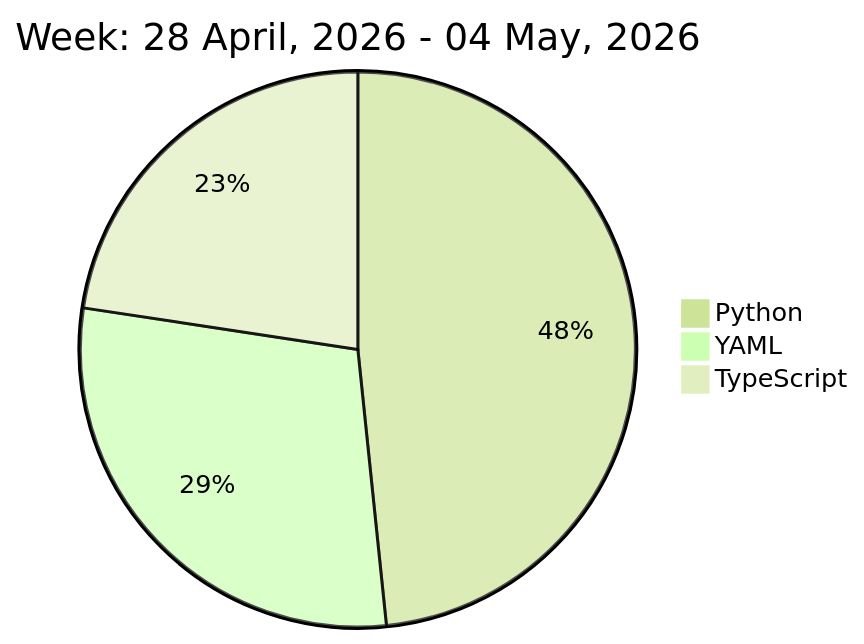
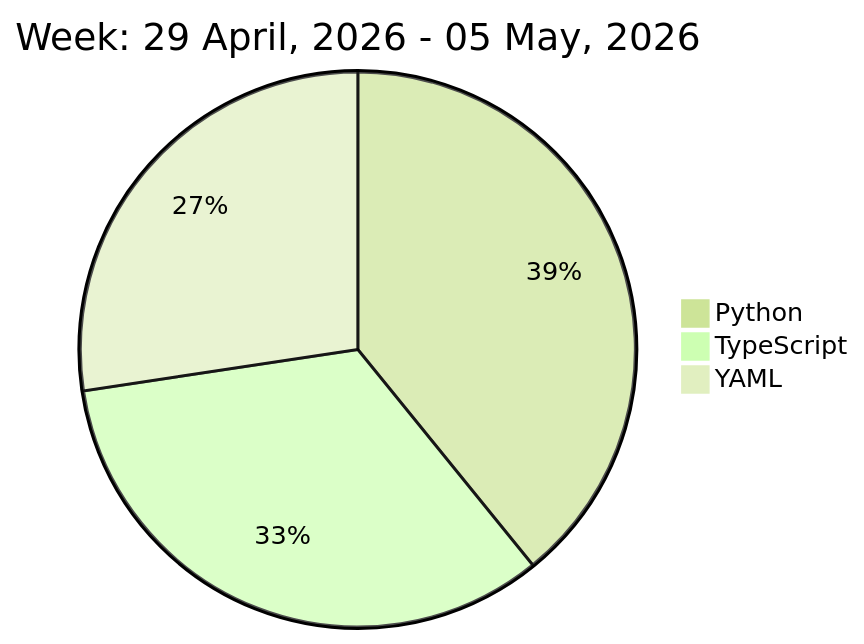
The diagram in README.md (liubin95/liubin95), drawn with Mermaid (forest theme) before and after one commit.

Commit message:
Updated the Graph with new Metrics

````diff
--- a/README.md
+++ b/README.md
@@ -32,7 +32,7 @@
 ```mermaid
  pie
-title Week: 28 April, 2026 - 04 May, 2026
- "Python" : 3.53
- "YAML" : 2.12
+title Week: 29 April, 2026 - 05 May, 2026
+ "Python" : 1.93
  "TypeScript" : 1.65
+ "YAML" : 1.35
 ```
````
